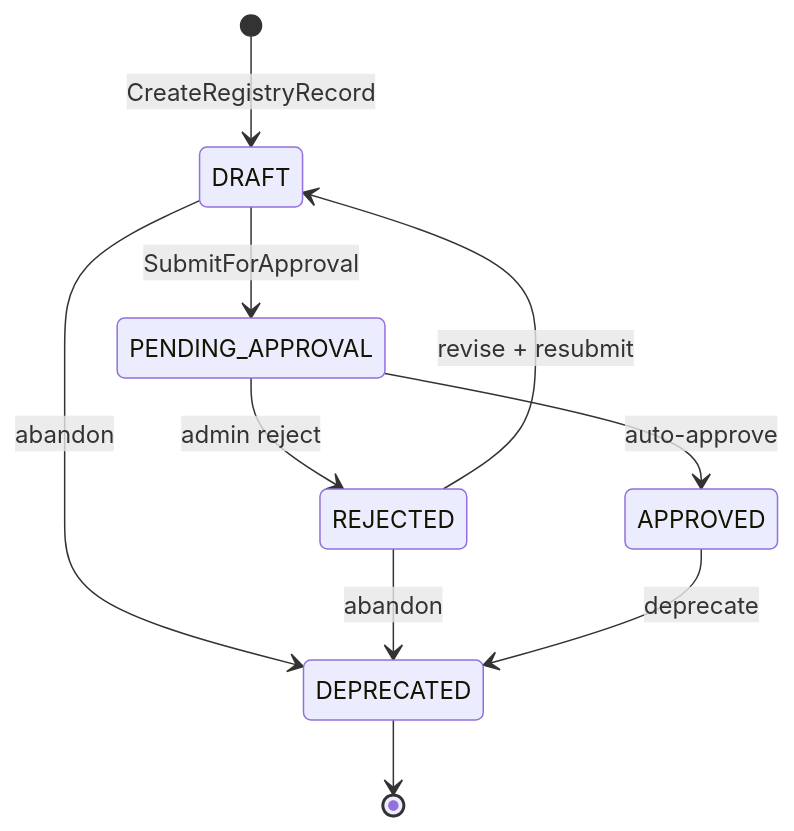
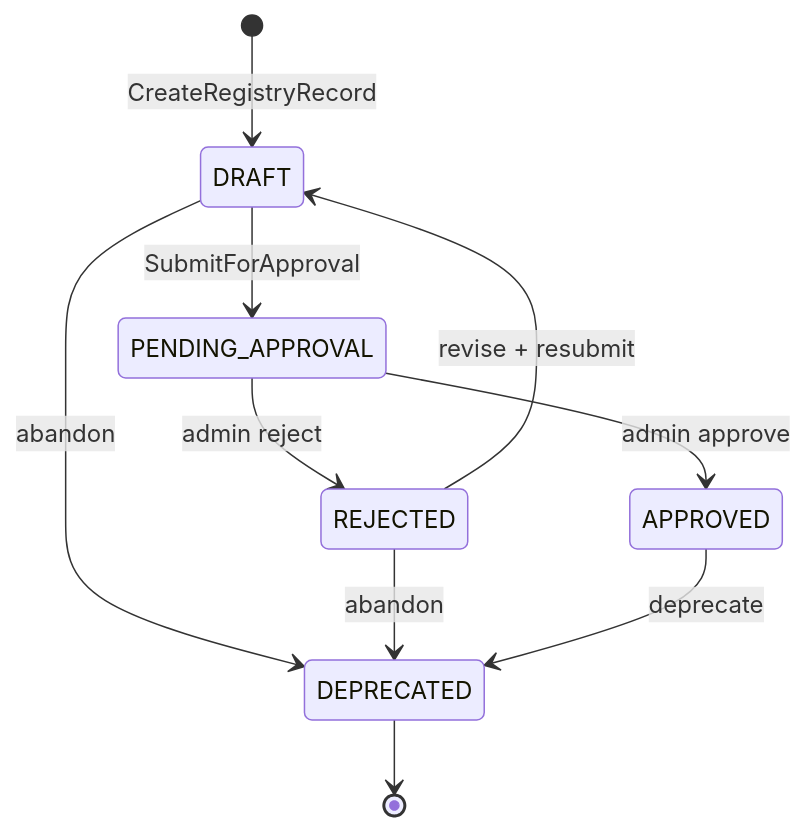
One commit to aws-samples/sample-citadel changed the diagram in docs/AGENT_RECORDS.md. Above: the diagram before and after it, drawn with Mermaid. The commit also changed other lines of this file, not shown here.

First line of the commit message:
docs(registry): align AGENT_RECORDS.md with enforced approval lifecycle

````diff
--- a/docs/AGENT_RECORDS.md
+++ b/docs/AGENT_RECORDS.md
@@ -172,12 +182,12 @@
 ```mermaid
 stateDiagram-v2
     [*] --> DRAFT: CreateRegistryRecord
     DRAFT --> PENDING_APPROVAL: SubmitForApproval
     DRAFT --> DEPRECATED: abandon
-    PENDING_APPROVAL --> APPROVED: auto-approve
+    PENDING_APPROVAL --> APPROVED: admin approve
     PENDING_APPROVAL --> REJECTED: admin reject
     REJECTED --> DRAFT: revise + resubmit
     REJECTED --> DEPRECATED: abandon
     APPROVED --> DEPRECATED: deprecate
     DEPRECATED --> [*]
 ```
````
